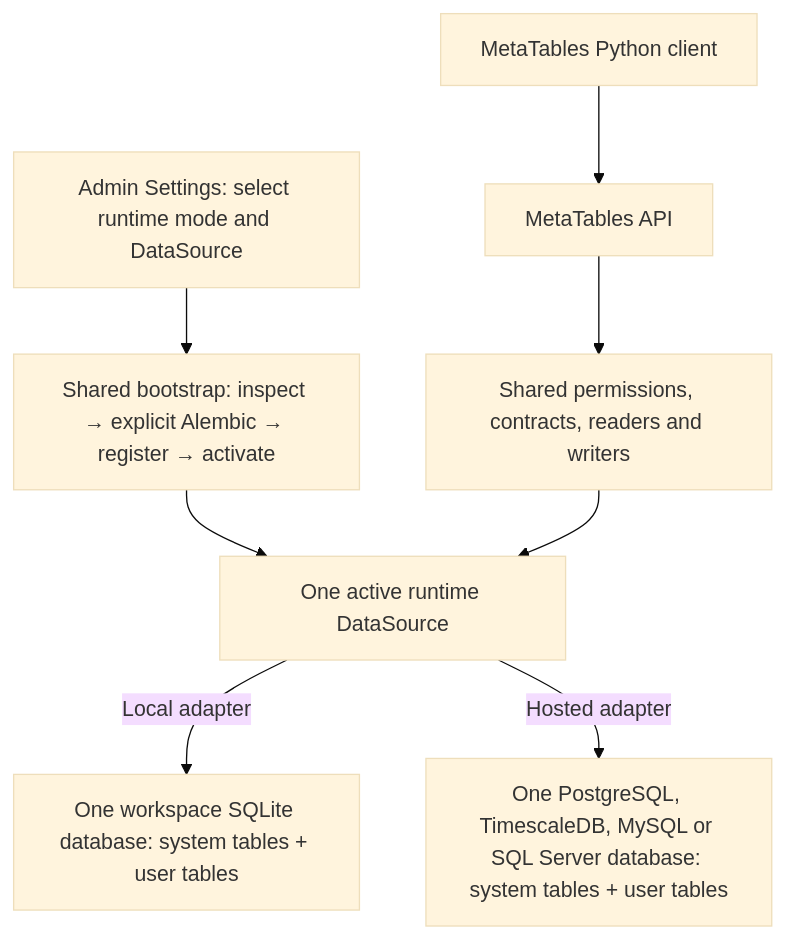
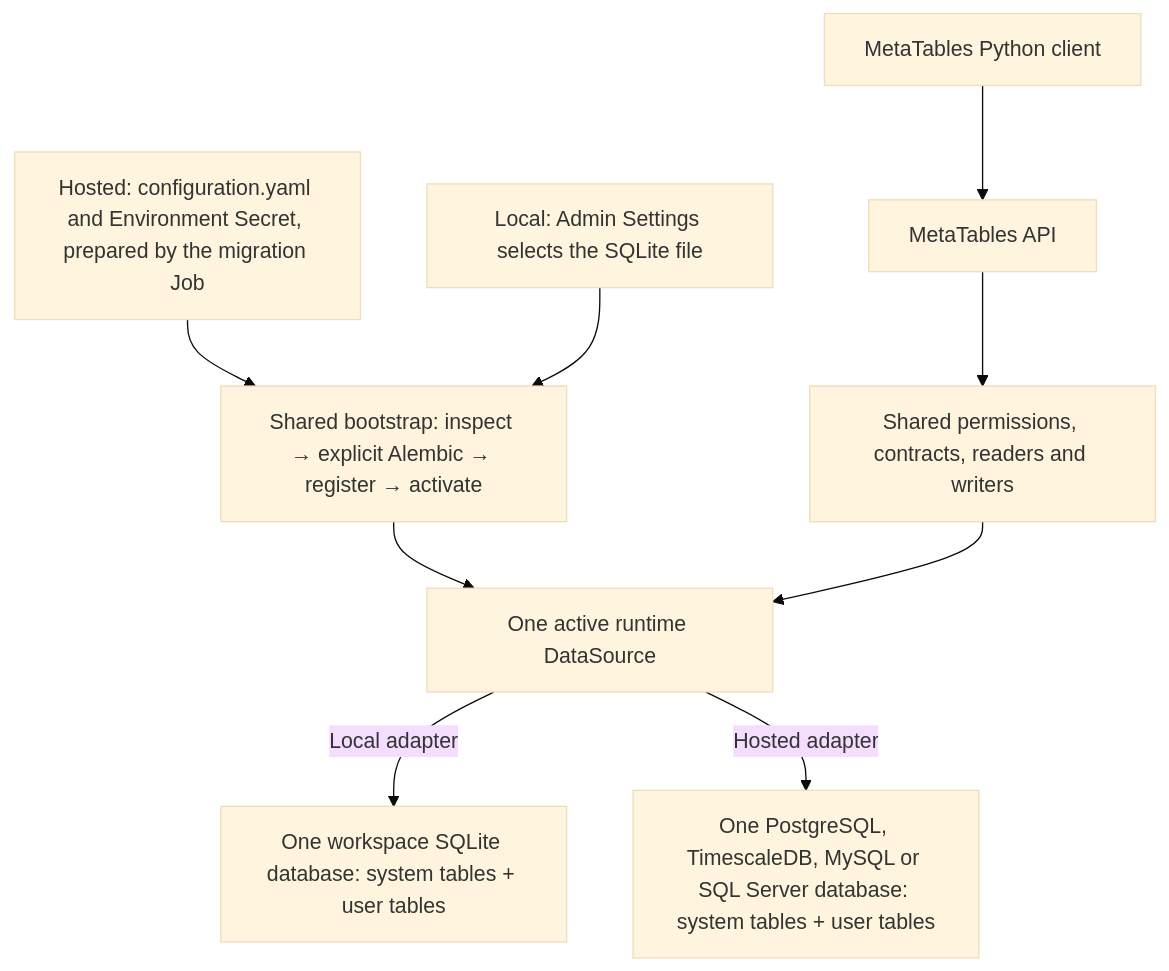
One commit to mainsequence-projects/MainSequenceCRMAPI changed the diagram in .agents/skills/metatables/metatables-migrations/references/docs/concepts/architecture.md. Above: the diagram before and after it, drawn with Mermaid (base theme). The commit also changed other lines of this file and 186 other files, not shown here.

````diff
--- a/.agents/skills/metatables/metatables-migrations/references/docs/concepts/architecture.md
+++ b/.agents/skills/metatables/metatables-migrations/references/docs/concepts/architecture.md
@@ -10,10 +10,11 @@
 ```mermaid
 flowchart TD
     Client["MetaTables Python client"] --> API["MetaTables API"]
-    Admin["Admin Settings: select runtime mode and DataSource"] --> Bootstrap["Shared bootstrap: inspect → explicit Alembic → register → activate"]
+    Deploy["Hosted: configuration.yaml and Environment Secret, prepared by the migration Job"] --> Bootstrap["Shared bootstrap: inspect → explicit Alembic → register → activate"]
+    Admin["Local: Admin Settings selects the SQLite file"] --> Bootstrap
     Bootstrap --> Binding["One active runtime DataSource"]
     API --> Services["Shared permissions, contracts, readers and writers"]
     Services --> Binding
     Binding -->|Local adapter| SQLite["One workspace SQLite database: system tables + user tables"]
     Binding -->|Hosted adapter| PostgreSQL["One PostgreSQL, TimescaleDB, MySQL or SQL Server database: system tables + user tables"]
 ```
````
